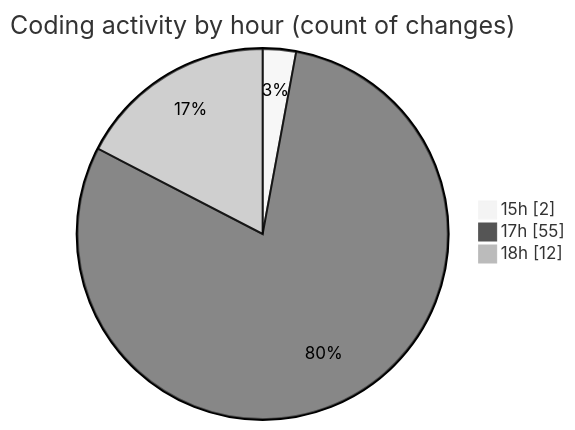
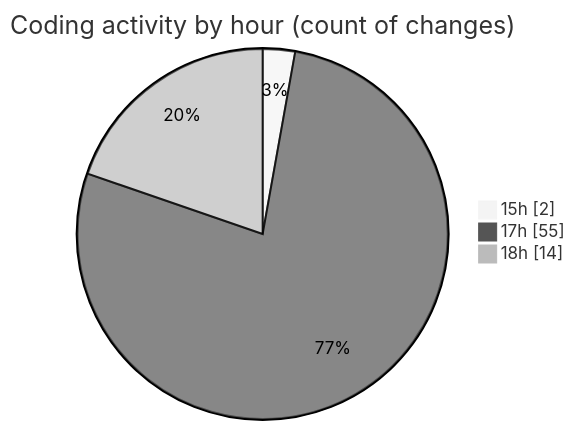
Before and after one commit to momahboobian/code-tracking: the second of 2 diagrams in 2025-05-06/samplepdf/README.md, drawn with Mermaid (neutral theme). The commit also changed other lines of this file and 1 other file, not shown here.

````diff
--- a/2025-05-06/samplepdf/README.md
+++ b/2025-05-06/samplepdf/README.md
@@ -46,7 +47,7 @@
 ```mermaid
 pie showData
 title Coding activity by hour (count of changes)
 "15h" : 2
 "17h" : 55
-"18h" : 12
+"18h" : 14
 ```
````
